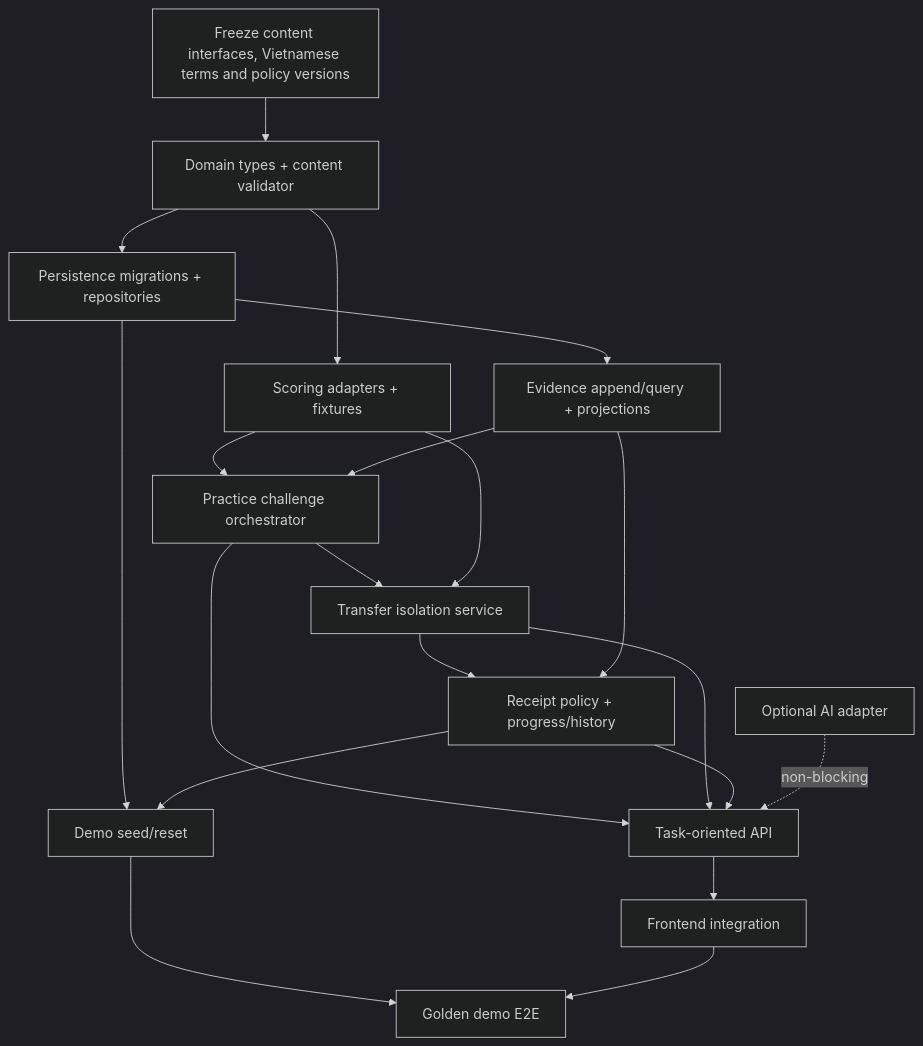
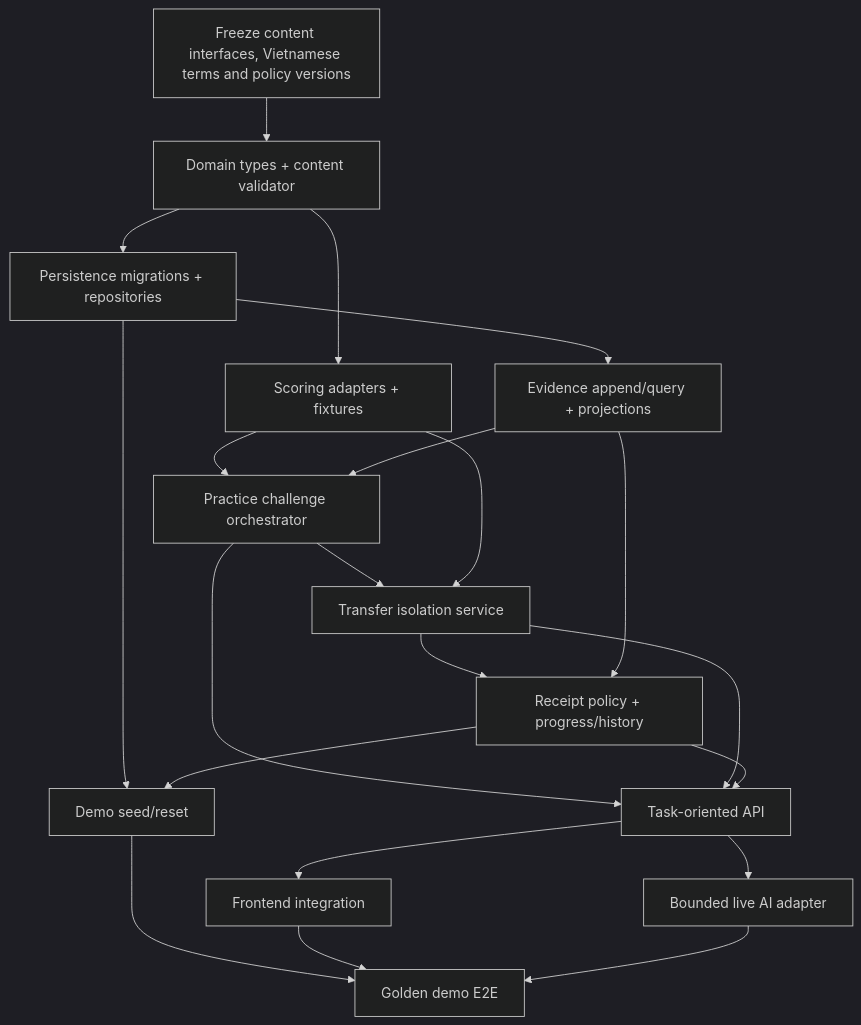
Before and after one commit to tutithuybi123/ThinkAI: the diagram in docs/architecture/competition-mvp/implementation-dependency-graph.md, drawn with Mermaid (dark theme). The commit also changed other lines of this file and 216 other files, not shown here.

````diff
--- a/docs/architecture/competition-mvp/implementation-dependency-graph.md
+++ b/docs/architecture/competition-mvp/implementation-dependency-graph.md
@@ -5,22 +7,23 @@
 ```mermaid
 flowchart TD
   A[Freeze content interfaces, Vietnamese terms and policy versions] --> B[Domain types + content validator]
   B --> C[Persistence migrations + repositories]
   B --> D[Scoring adapters + fixtures]
   C --> E[Evidence append/query + projections]
   D --> F[Practice challenge orchestrator]
   E --> F
   F --> G[Transfer isolation service]
   D --> G
   G --> H[Receipt policy + progress/history]
   E --> H
   F --> I[Task-oriented API]
   G --> I
   H --> I
   C --> J[Demo seed/reset]
   H --> J
   I --> K[Frontend integration]
   J --> L[Golden demo E2E]
   K --> L
-  M[Optional AI adapter] -. non-blocking .-> I
+  I --> M[Bounded live AI adapter]
+  M --> L
 ```
````
